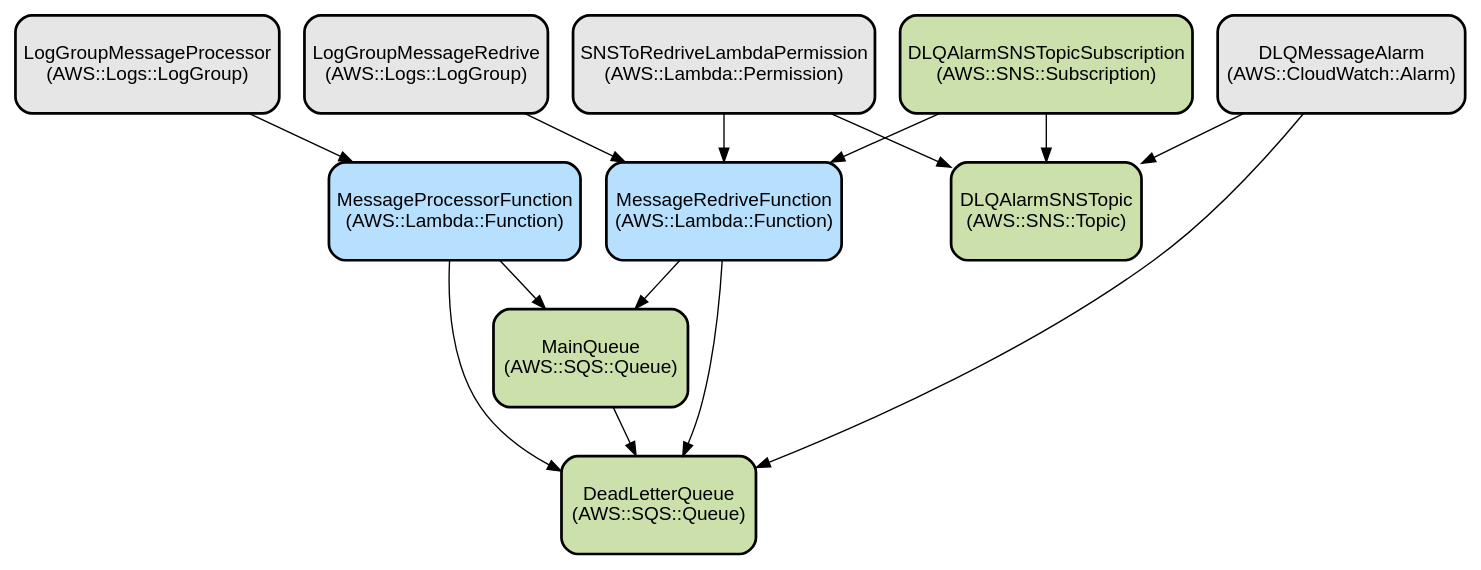
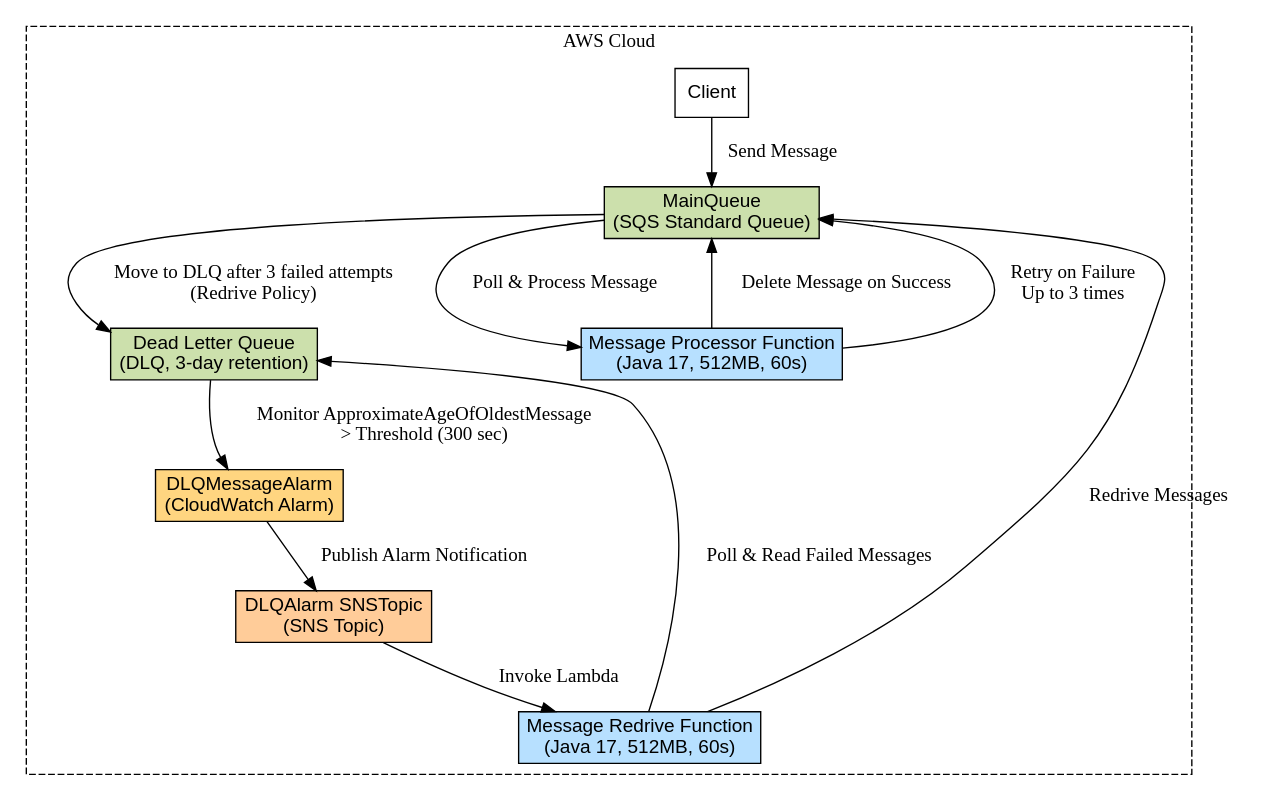
Before and after one commit to Sowjanyashree/dlq-redrive-automation-using-CloudWatch: the diagram in docs/infra.dot, drawn with Graphviz.

```diff
--- a/docs/infra.dot
+++ b/docs/infra.dot
@@ -1,36 +1,34 @@
 digraph INFRA {
-  node [ color = "black", fillcolor = "#E6E6E6", height =1, style = "filled,bold,rounded", fontname = "Arial" ];
-  "MainQueue" [ label = "MainQueue
-(AWS::SQS::Queue)", shape =rectangle, fillcolor = "#CCE0AC" ];
-  "DeadLetterQueue" [ label = "DeadLetterQueue
-(AWS::SQS::Queue)", shape =rectangle, fillcolor = "#CCE0AC" ];
-  "MessageProcessorFunction" [ label = "MessageProcessorFunction
-(AWS::Lambda::Function)", shape =rectangle, fillcolor = "#B7E0FF" ];
-  "MessageRedriveFunction" [ label = "MessageRedriveFunction
-(AWS::Lambda::Function)", shape =rectangle, fillcolor = "#B7E0FF" ];
-  "LogGroupMessageProcessor" [ label = "LogGroupMessageProcessor
-(AWS::Logs::LogGroup)", shape =rectangle ];
-  "LogGroupMessageRedrive" [ label = "LogGroupMessageRedrive
-(AWS::Logs::LogGroup)", shape =rectangle ];
-  "DLQMessageAlarm" [ label = "DLQMessageAlarm
-(AWS::CloudWatch::Alarm)", shape =rectangle ];
-  "DLQAlarmSNSTopic" [ label = "DLQAlarmSNSTopic
-(AWS::SNS::Topic)", shape =rectangle, fillcolor = "#CCE0AC" ];
-  "DLQAlarmSNSTopicSubscription" [ label = "DLQAlarmSNSTopicSubscription
-(AWS::SNS::Subscription)", shape =rectangle, fillcolor = "#CCE0AC" ];
-  "SNSToRedriveLambdaPermission" [ label = "SNSToRedriveLambdaPermission
-(AWS::Lambda::Permission)", shape =rectangle ];
-  "MainQueue" -> "DeadLetterQueue";
-  "MessageProcessorFunction" -> "MainQueue";
-  "MessageProcessorFunction" -> "DeadLetterQueue";
-  "MessageRedriveFunction" -> "MainQueue";
-  "MessageRedriveFunction" -> "DeadLetterQueue";
-  "LogGroupMessageProcessor" -> "MessageProcessorFunction";
-  "LogGroupMessageRedrive" -> "MessageRedriveFunction";
-  "DLQMessageAlarm" -> "DeadLetterQueue";
-  "DLQMessageAlarm" -> "DLQAlarmSNSTopic";
-  "DLQAlarmSNSTopicSubscription" -> "DLQAlarmSNSTopic";
-  "DLQAlarmSNSTopicSubscription" -> "MessageRedriveFunction";
-  "SNSToRedriveLambdaPermission" -> "MessageRedriveFunction";
-  "SNSToRedriveLambdaPermission" -> "DLQAlarmSNSTopic";
+    rankdir=TB;
+    node [shape=rectangle, style=filled, fontname="Arial", fillcolor="#E6E6E6", color="black"];
+
+    // AWS Cloud Boundary
+    subgraph cluster_aws {
+        label = "AWS Cloud";
+        style = "dashed";
+
+        // Nodes
+        Client [label="Client", shape=rectangle, fillcolor="#FFFFFF"];
+
+        MainQueue [label="MainQueue\n(SQS Standard Queue)", fillcolor="#CCE0AC"];
+        DeadLetterQueue [label="Dead Letter Queue\n(DLQ, 3-day retention)", fillcolor="#CCE0AC"];
+
+        MessageProcessorFunction [label="Message Processor Function\n(Java 17, 512MB, 60s)", fillcolor="#B7E0FF"];
+        MessageRedriveFunction [label="Message Redrive Function\n(Java 17, 512MB, 60s)", fillcolor="#B7E0FF"];
+
+        DLQMessageAlarm [label="DLQMessageAlarm\n(CloudWatch Alarm)", fillcolor="#FFD580"];
+        DLQAlarmSNSTopic [label="DLQAlarm SNSTopic\n(SNS Topic)", fillcolor="#FFCC99"];
+    }
+
+    // Connections
+    Client -> MainQueue [label="Send Message"];
+    MainQueue -> MessageProcessorFunction [label="Poll & Process Message", color="black"];
+    MainQueue -> DeadLetterQueue [label="Move to DLQ after 3 failed attempts\n(Redrive Policy)"];
+    DeadLetterQueue -> DLQMessageAlarm [label="Monitor ApproximateAgeOfOldestMessage\n> Threshold (300 sec)"];
+    DLQMessageAlarm -> DLQAlarmSNSTopic [label="Publish Alarm Notification"];
+    DLQAlarmSNSTopic -> MessageRedriveFunction [label="Invoke Lambda"];
+    MessageProcessorFunction -> MainQueue [label="Delete Message on Success"];
+    MessageProcessorFunction -> MainQueue [label="Retry on Failure\nUp to 3 times"];
+    MessageRedriveFunction -> DeadLetterQueue [label="Poll & Read Failed Messages"];
+    MessageRedriveFunction -> MainQueue [label="Redrive Messages"];
 }
```
